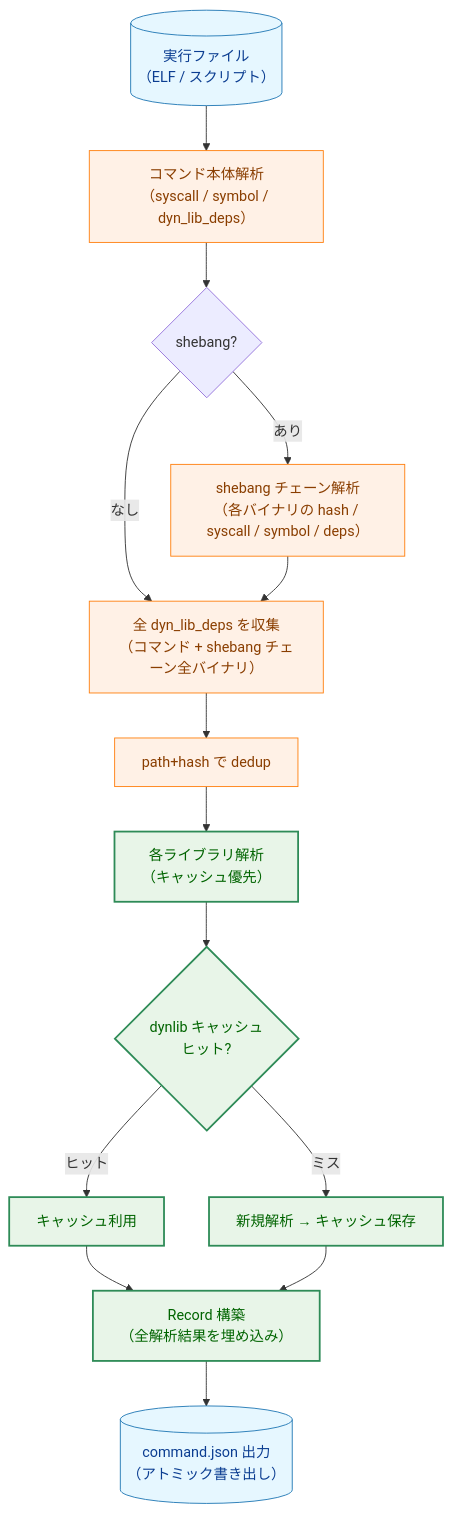
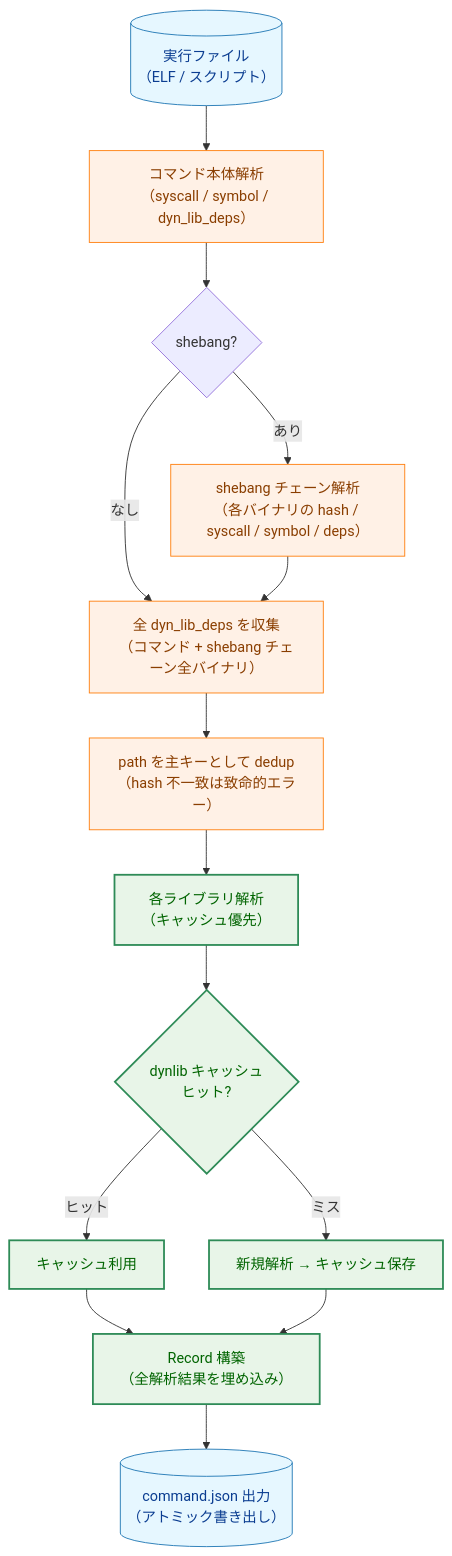
One commit to isseis/go-safe-cmd-runner changed the fifth of 8 diagrams in docs/tasks/0129_self_contained_record/02_architecture.md. Above: the diagram before and after it, drawn with Mermaid. The commit also changed other lines of this file, not shown here.

Commit message:
docs: fix inconsistent dedup key description in diagrams
Flowchart (2.3) and sequence diagram (6.1) said "path+hash で dedup",
which implied a composite key. The correct definition (matching section 3.4)
is that path alone is the primary key; same path with matching hash is merged,
same path with differing hash is a fatal error.

````diff
--- a/docs/tasks/0129_self_contained_record/02_architecture.md
+++ b/docs/tasks/0129_self_contained_record/02_architecture.md
@@ -109,29 +109,29 @@
 ```mermaid
 flowchart TD
     classDef data fill:#e6f7ff,stroke:#1f77b4,stroke-width:1px,color:#0b3d91;
     classDef process fill:#fff1e6,stroke:#ff7f0e,stroke-width:1px,color:#8a3e00;
     classDef enhanced fill:#e8f5e8,stroke:#2e8b57,stroke-width:2px,color:#006400;
 
     CMD_FILE[("実行ファイル\n（ELF / スクリプト）")]
     CMD_FILE --> ANALYZE["コマンド本体解析\n（syscall / symbol / dyn_lib_deps）"]
     ANALYZE --> SHEBANG{"shebang?"}
 
     SHEBANG -->|"あり"| CHAIN["shebang チェーン解析\n（各バイナリの hash / syscall / symbol / deps）"]
     SHEBANG -->|"なし"| COLLECT
 
     CHAIN --> COLLECT["全 dyn_lib_deps を収集\n（コマンド + shebang チェーン全バイナリ）"]
-    COLLECT --> DEDUP["path+hash で dedup"]
+    COLLECT --> DEDUP["path を主キーとして dedup\n（hash 不一致は致命的エラー）"]
 
     DEDUP --> ANALYZE_DEP["各ライブラリ解析\n（キャッシュ優先）"]
     ANALYZE_DEP --> CACHE_CHK{"dynlib キャッシュ\nヒット?"}
     CACHE_CHK -->|"ヒット"| USE_CACHE["キャッシュ利用"]
     CACHE_CHK -->|"ミス"| FRESH["新規解析 → キャッシュ保存"]
 
     USE_CACHE --> BUILD
     FRESH --> BUILD["Record 構築\n（全解析結果を埋め込み）"]
     BUILD --> WRITE[("command.json 出力\n（アトミック書き出し）")]
 
     class CMD_FILE,WRITE data;
     class ANALYZE,CHAIN,COLLECT,DEDUP process;
     class ANALYZE_DEP,CACHE_CHK,USE_CACHE,FRESH,BUILD enhanced;
 ```
````
